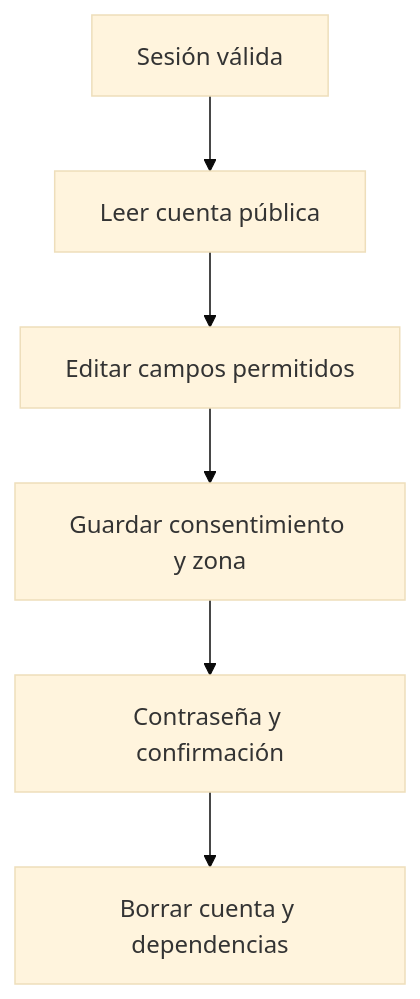
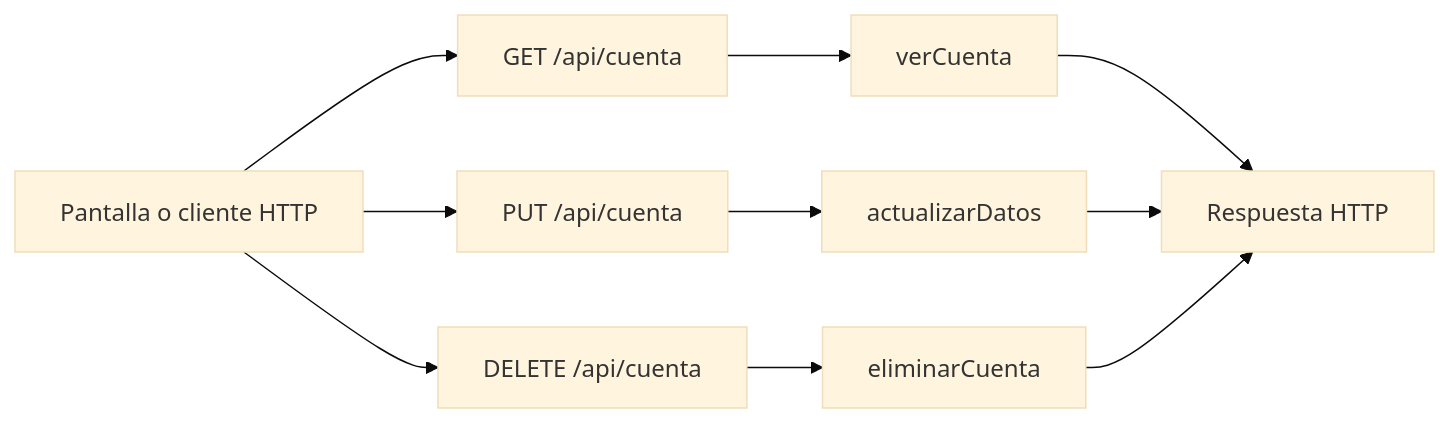
The diagram in guias/09-simon-castellani.md (tomimeno0/GYM-OS-Preentrega), drawn with Mermaid (base theme) before and after one commit. The commit also changed other lines of this file and 10 other files, not shown here.

````diff
--- a/guias/09-simon-castellani.md
+++ b/guias/09-simon-castellani.md
@@ -7,14 +17,13 @@
 ```mermaid
-flowchart TD
-  N0["Sesión válida"]
-  N1["Leer cuenta pública"]
-  N2["Editar campos permitidos"]
-  N3["Guardar consentimiento y zona"]
-  N4["Contraseña y confirmación"]
-  N5["Borrar cuenta y dependencias"]
-  N0 --> N1
-  N1 --> N2
-  N2 --> N3
-  N3 --> N4
-  N4 --> N5
+flowchart LR
+  P["Pantalla o cliente HTTP"]
+  P --> E0["GET /api/cuenta"]
+  E0 --> F0["verCuenta"]
+  F0 --> R["Respuesta HTTP"]
+  P --> E1["PUT /api/cuenta"]
+  E1 --> F1["actualizarDatos"]
+  F1 --> R["Respuesta HTTP"]
+  P --> E2["DELETE /api/cuenta"]
+  E2 --> F2["eliminarCuenta"]
+  F2 --> R["Respuesta HTTP"]
 ```
````
